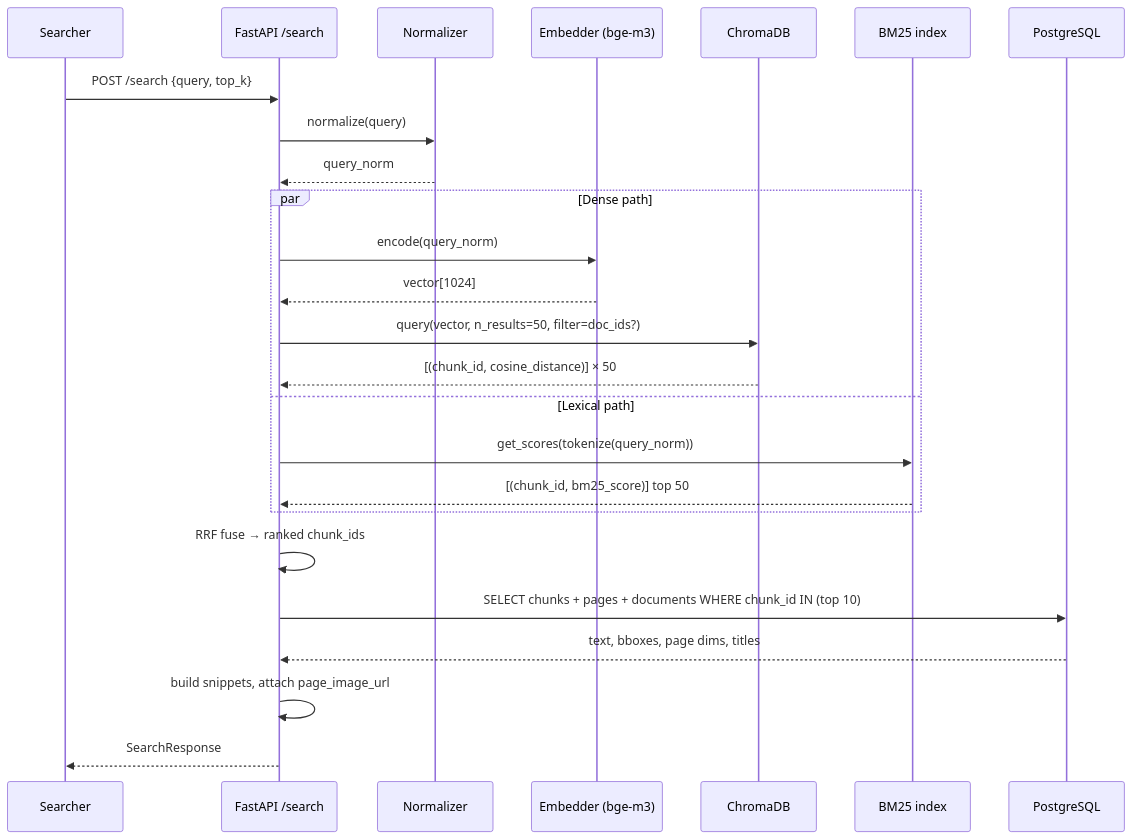
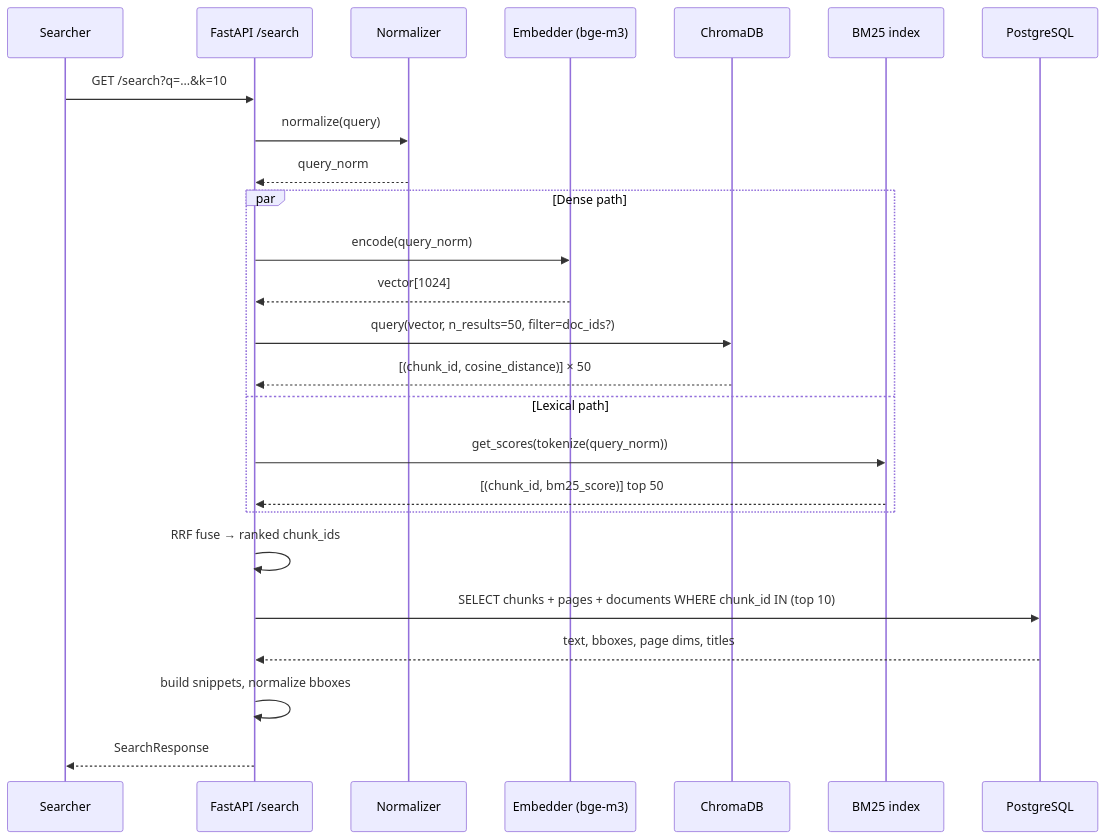
Before and after one commit to Sem512/Amh_Retriever: the fourth of 5 diagrams in ARCHITECTURE.md, drawn with Mermaid. The commit also changed other lines of this file and 56 other files, not shown here.

````diff
--- a/ARCHITECTURE.md
+++ b/ARCHITECTURE.md
@@ -431,28 +462,28 @@
 ```mermaid
 sequenceDiagram
     participant U as Searcher
     participant API as FastAPI /search
     participant N as Normalizer
     participant E as Embedder (bge-m3)
     participant C as ChromaDB
     participant B as BM25 index
     participant PG as PostgreSQL
 
-    U->>API: POST /search {query, top_k}
+    U->>API: GET /search?q=...&k=10
     API->>N: normalize(query)
     N-->>API: query_norm
     par Dense path
         API->>E: encode(query_norm)
         E-->>API: vector[1024]
         API->>C: query(vector, n_results=50, filter=doc_ids?)
         C-->>API: [(chunk_id, cosine_distance)] × 50
     and Lexical path
         API->>B: get_scores(tokenize(query_norm))
         B-->>API: [(chunk_id, bm25_score)] top 50
     end
     API->>API: RRF fuse → ranked chunk_ids
     API->>PG: SELECT chunks + pages + documents WHERE chunk_id IN (top 10)
     PG-->>API: text, bboxes, page dims, titles
-    API->>API: build snippets, attach page_image_url
+    API->>API: build snippets, normalize bboxes
     API-->>U: SearchResponse
 ```
````
